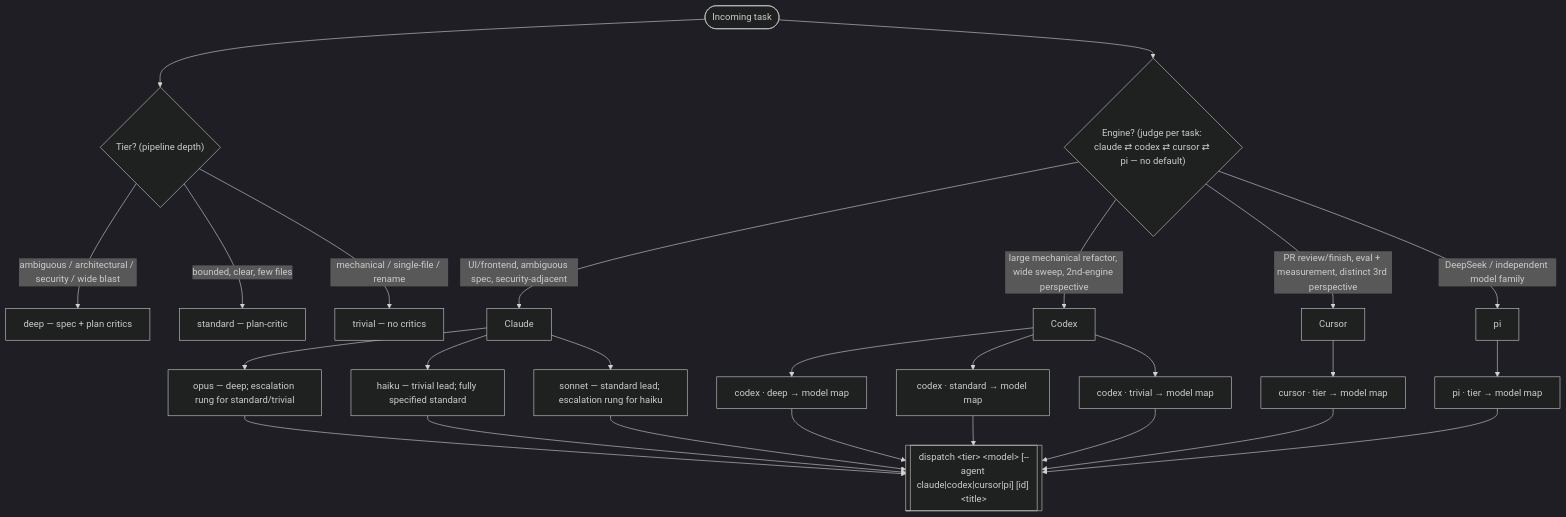
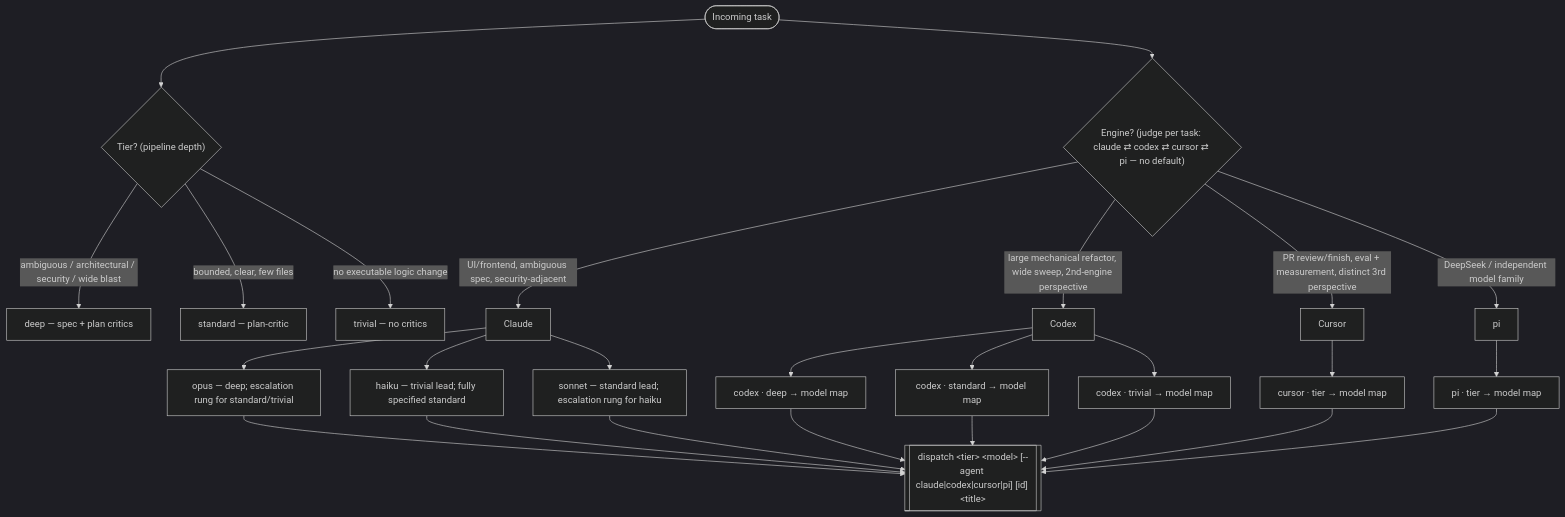
One commit to noamsto/dispatcher changed the diagram in adapters/cursor/protocols/dispatch-orchestration.md. Above: the diagram before and after it, drawn with Mermaid (dark theme). The commit also changed other lines of this file and 10 other files, not shown here.

First line of the commit message:
protocol: trivial tier only for changes with no executable logic (#1317)

````diff
--- a/adapters/cursor/protocols/dispatch-orchestration.md
+++ b/adapters/cursor/protocols/dispatch-orchestration.md
@@ -5,32 +5,32 @@
 ```mermaid
 flowchart TD
     T(["Incoming task"]) --> TIER{"Tier? (pipeline depth)"}
     T --> ENG{"Engine? (judge per task: claude ⇄ codex ⇄ cursor ⇄ pi — no default)"}
 
     TIER -->|"ambiguous / architectural / security / wide blast"| DEEP["deep — spec + plan critics"]
     TIER -->|"bounded, clear, few files"| STD["standard — plan-critic"]
-    TIER -->|"mechanical / single-file / rename"| TRIV["trivial — no critics"]
+    TIER -->|"no executable logic change"| TRIV["trivial — no critics"]
 
     ENG -->|"large mechanical refactor, wide sweep, 2nd-engine perspective"| CODEX["Codex"]
     ENG -->|"UI/frontend, ambiguous spec, security-adjacent"| CLAUDE["Claude"]
     ENG -->|"PR review/finish, eval + measurement, distinct 3rd perspective"| CURSOR["Cursor"]
     ENG -->|"DeepSeek / independent model family"| PI["pi"]
 
     CLAUDE --> OPUS["opus — deep; escalation rung for standard/trivial"]
     CLAUDE --> HAIKU["haiku — trivial lead; fully specified standard"]
     CLAUDE --> SONNET["sonnet — standard lead; escalation rung for haiku"]
     CODEX --> GH["codex · deep → model map"]
     CODEX --> GM["codex · standard → model map"]
     CODEX --> GL["codex · trivial → model map"]
     CURSOR --> CU["cursor · tier → model map"]
     PI --> PM["pi · tier → model map"]
 
     OPUS --> D[["dispatch &lt;tier&gt; &lt;model&gt; [--agent claude|codex|cursor|pi] [id] &lt;title&gt;"]]
     HAIKU --> D
     SONNET --> D
     GH --> D
     GM --> D
     GL --> D
     CU --> D
     PM --> D
 ```
````
